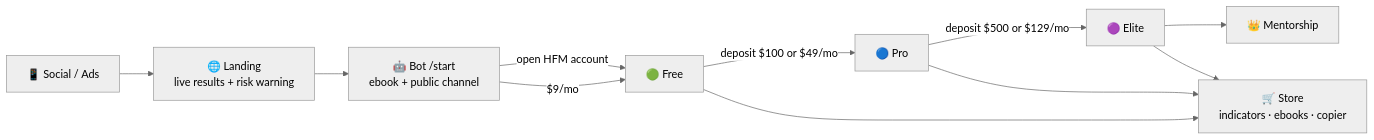
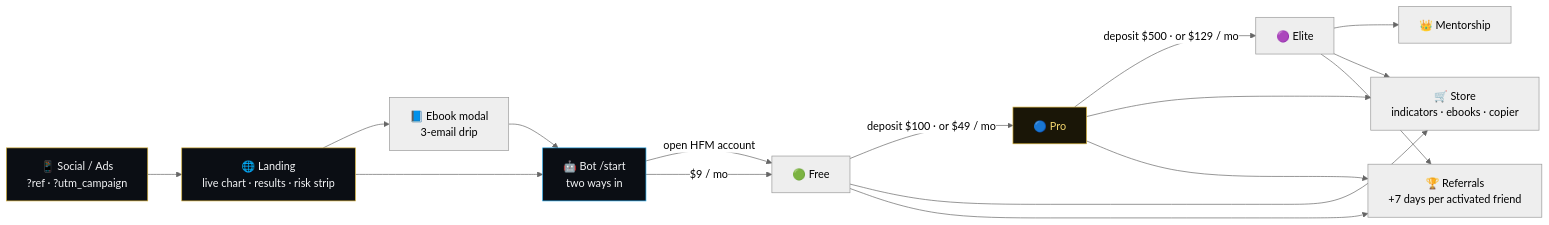
The first of 4 diagrams in README.md (printezy247/website_sam), drawn with Mermaid (neutral theme) before and after one commit. The commit also changed other lines of this file, not shown here.

First line of the commit message:
README: modern header art, section nav, diagrams, collapsible deploy guide (#23)

````diff
--- a/README.md
+++ b/README.md
@@ -49,11 +92,18 @@
 ```mermaid
 flowchart LR
-    A[📱 Social / Ads] --> B[🌐 Landing<br/>live results + risk warning]
-    B --> C[🤖 Bot /start<br/>ebook + public channel]
+    A[📱 Social / Ads<br/>?ref · ?utm_campaign] --> B[🌐 Landing<br/>live chart · results · risk strip]
+    B --> L[📘 Ebook modal<br/>3-email drip]
+    B --> C[🤖 Bot /start<br/>two ways in]
+    L --> C
     C -->|open HFM account| D[🟢 Free]
-    C -->|$9/mo| D
-    D -->|deposit $100 or $49/mo| E[🔵 Pro]
-    E -->|deposit $500 or $129/mo| F[🟣 Elite]
+    C -->|$9 / mo| D
+    D -->|deposit $100 · or $49 / mo| E[🔵 Pro]
+    E -->|deposit $500 · or $129 / mo| F[🟣 Elite]
     F --> G[👑 Mentorship]
     D & E & F --> H[🛒 Store<br/>indicators · ebooks · copier]
+    D & E & F --> R[🏆 Referrals<br/>+7 days per activated friend]
+    style A fill:#0b0e14,stroke:#d4af37,color:#f3f4f6
+    style B fill:#0b0e14,stroke:#d4af37,color:#f3f4f6
+    style C fill:#0b0e14,stroke:#26A5E4,color:#f3f4f6
+    style E fill:#1a1607,stroke:#d4af37,color:#f5d76e
 ```
````
